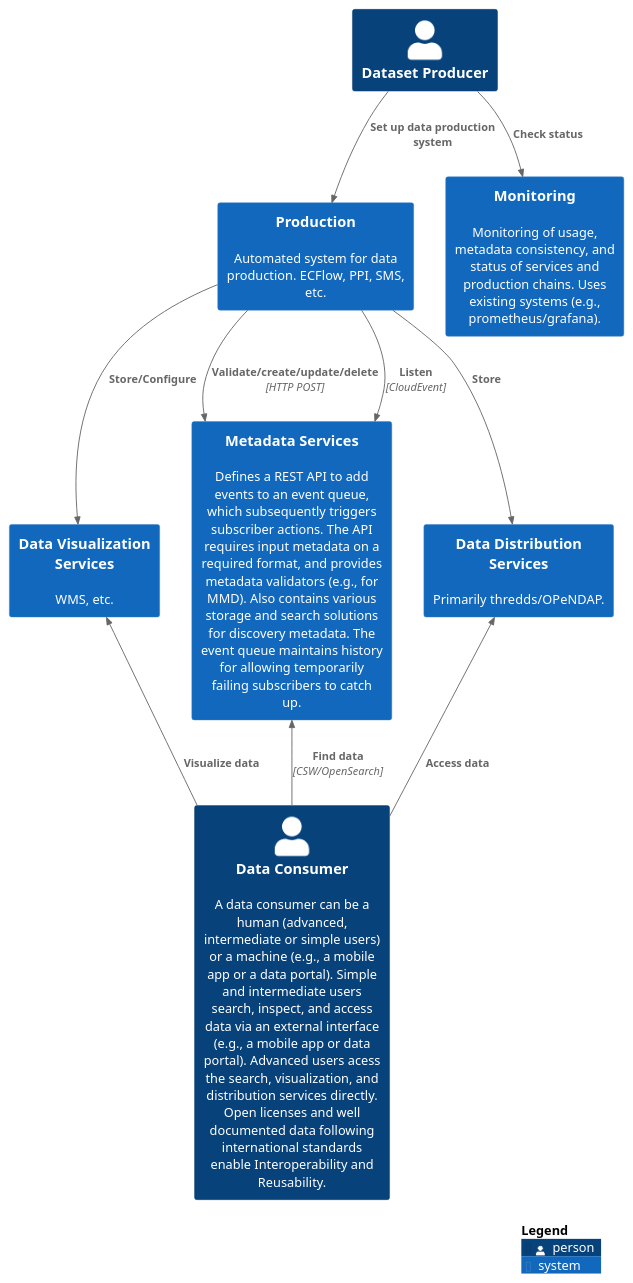
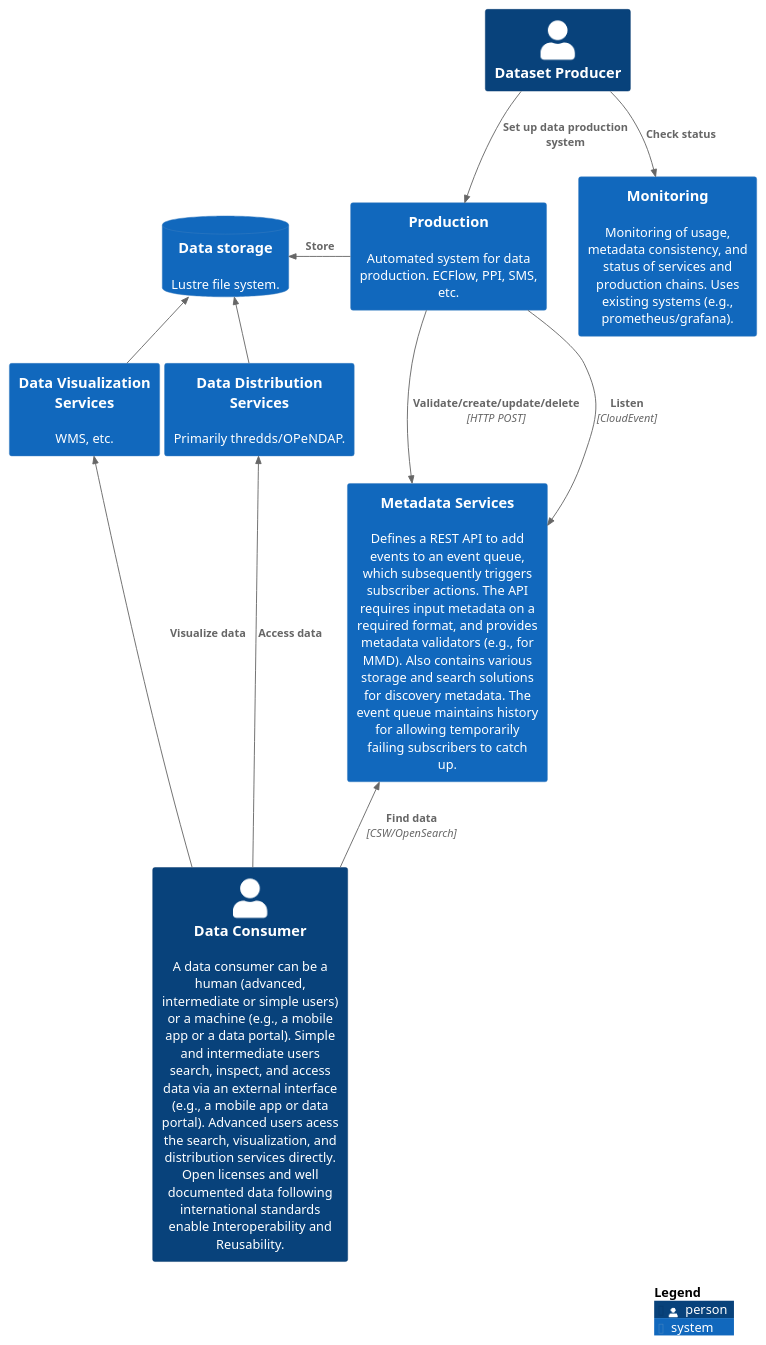
The diagram in source/puml/architecture/S-ENDA-context-diagram.puml (metno/S-ENDA-documentation), drawn with PlantUML before and after one commit. The commit also changed 5 other files, not shown here.

```diff
--- a/source/puml/architecture/S-ENDA-context-diagram.puml
+++ b/source/puml/architecture/S-ENDA-context-diagram.puml
@@ -1,60 +1,59 @@
 @startuml S-ENDA-C4-context-diagram
 !include https://raw.githubusercontent.com/plantuml-stdlib/C4-PlantUML/master/C4_Container.puml
 
 LAYOUT_TOP_DOWN()
 
+Person(dataproducer, "Dataset Producer")
 Person(consumers, "Data Consumer", "A data consumer can be a human (advanced, intermediate or simple users) or a machine (e.g., a mobile app or a data portal). Simple and intermediate users search, inspect, and access data via an external interface (e.g., a mobile app or data portal). Advanced users acess the search, visualization, and distribution services directly. Open licenses and well documented data following international standards enable Interoperability and Reusability.")
 
 'Boundary(consumers, "Data Consumers"){
 '  Person(advanced, "Advanced")
 '  Person(intermediate, "Intermediate")
 '  Person(simple, "Simple")
 '
 '  System_Ext(extportals, "Portals", "External portals harvest metadata on various standards, and present data in customized ways. Can also prepare data delivery (e.g., with basket solution).")
 '  System_Ext(apps, "Web/mobile apps", "External apps present data in customized ways.")
 '
 '  Rel(advanced, extportals, "Search portals", "Web-UI/API")
 '  Rel(intermediate, extportals, "Search portals", "Web-UI/API")
 '  Rel(simple, apps, "Navigates to app", "Web/mobile UI")
 '}
-    
 'Boundary(providers, "Providers") {
-    Person(dataproducer, "Dataset Producer")
+'    Person(dataproducer, "Dataset Producer")
 '    Person(datacurator, "Data curator")
 '    Person(serviceprovider, "Service Provider")
 '}
 
-'Boundary(senda, "S-ENDA and related"){
-  System(dmservice, "Metadata Services", "Defines a REST API to add events to an event queue, which subsequently triggers subscriber actions. The API requires input metadata on a required format, and provides metadata validators (e.g., for MMD). Also contains various storage and search solutions for discovery metadata. The event queue maintains history for allowing temporarily failing subscribers to catch up.")
-  System(productionhub, "Production", "Automated system for data production. ECFlow, PPI, SMS, etc.")
-  System(dist_systems, "Data Distribution Services", "Primarily thredds/OPeNDAP.")
-  System(vis_systems, "Data Visualization Services", "WMS, etc.")
-  System(monitoring, "Monitoring", "Monitoring of usage, metadata consistency, and status of services and production chains. Uses existing systems (e.g., prometheus/grafana).")
-'}
-
+System(dmservice, "Metadata Services", "Defines a REST API to add events to an event queue, which subsequently triggers subscriber actions. The API requires input metadata on a required format, and provides metadata validators (e.g., for MMD). Also contains various storage and search solutions for discovery metadata. The event queue maintains history for allowing temporarily failing subscribers to catch up.")
+System(productionhub, "Production", "Automated system for data production. ECFlow, PPI, SMS, etc.")
+System(dist_systems, "Data Distribution Services", "Primarily thredds/OPeNDAP.")
+System(vis_systems, "Data Visualization Services", "WMS, etc.")
+System(monitoring, "Monitoring", "Monitoring of usage, metadata consistency, and status of services and production chains. Uses existing systems (e.g., prometheus/grafana).")
+SystemDb(lustre, "Data storage", "Lustre file system.")
 
 Rel_U(consumers, dist_systems, "Access data")
 Rel_U(consumers, dmservice, "Find data", "CSW/OpenSearch")
 Rel_U(consumers, vis_systems, "Visualize data")
 'Rel_U(advanced, dist_systems, "Stream data")
 'Rel_U(advanced, dmservice, "Search", "CSW/OpenSearch")
 'Rel_U(advanced, vis_systems, "Visualize data")
 'Rel_U(extportals, dmservice, "Harvest metadata", "CSW")
 'Rel_U(apps, dmservice, "Harvest metadata", "CSW/OpenSearch")
 'Rel_U(apps, vis_systems, "Visualize data")
 'Rel_U(extportals, vis_systems, "Visualize data")
 'Rel_U(extportals, dist_systems, "Stream data")
 
 
 'Rel(providers, dmservice, "Register metadata")
 Rel(dataproducer, monitoring, "Check status")
 
 Rel(dataproducer, productionhub, "Set up data production system")
-Rel(productionhub, dist_systems, "Store")
+Rel_L(productionhub, lustre, "Store")
+Rel_L(dist_systems, lustre, "Access")
 Rel(productionhub, dmservice, "Validate/create/update/delete", "HTTP POST")
 Rel(productionhub, dmservice, "Listen", "CloudEvent")
-Rel(productionhub, vis_systems, "Store/Configure")
+Rel_L(vis_systems, lustre, "Access")
 
 SHOW_LEGEND()
 
 @enduml
```
